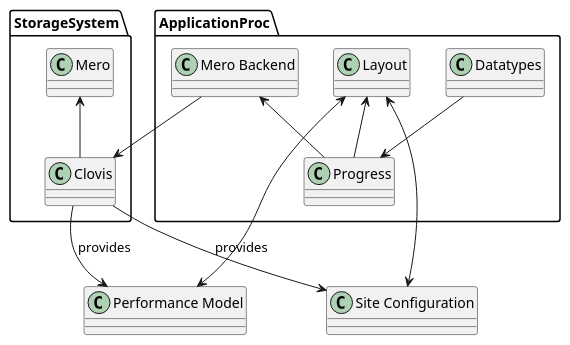
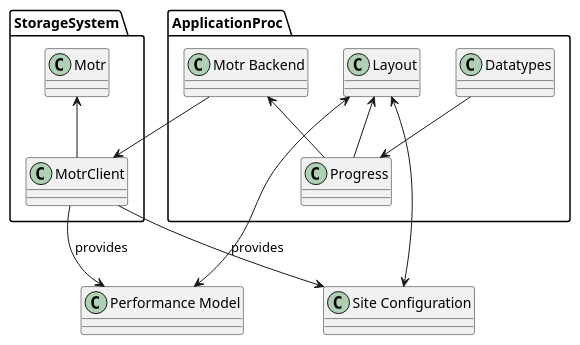
One commit to ESiWACE/esdm changed the diagram in doc/assets/esdm-backends/mero/physical.pu. Above: the diagram before and after it, drawn with PlantUML. The commit also changed 17 other files, not shown here.

Commit message:
backends: update code from Mero Clovis to Motr Client

```diff
--- a/doc/assets/esdm-backends/mero/physical.pu
+++ b/doc/assets/esdm-backends/mero/physical.pu
@@ -1,44 +1,44 @@
 @startuml
 
 package StorageSystem {
-	class Mero
-	class Clovis
+	class Motr
+	class MotrClient
 }
 
 
 package ApplicationProc {
 	class Datatypes
 	class Progress
 	class Layout
-	class "Mero Backend" as Backend
+	class "Motr Backend" as Backend
 }
 
 class "Performance Model" as Performance
 class "Site Configuration" as SiteConfig
 
 
-Mero <-- Clovis
+Motr <-- MotrClient
 
 
 
 
-Clovis --> Performance: provides
-Clovis --> SiteConfig: provides
+MotrClient --> Performance: provides
+MotrClient --> SiteConfig: provides
 
 
-Backend --> Clovis
+Backend --> MotrClient
 
 Backend <-- Progress
 
 Datatypes --> Progress
 
 Layout <--> Performance
 
 
 Layout <--> SiteConfig
 Layout <-- Progress
 
 
 
 
 @enduml
```
